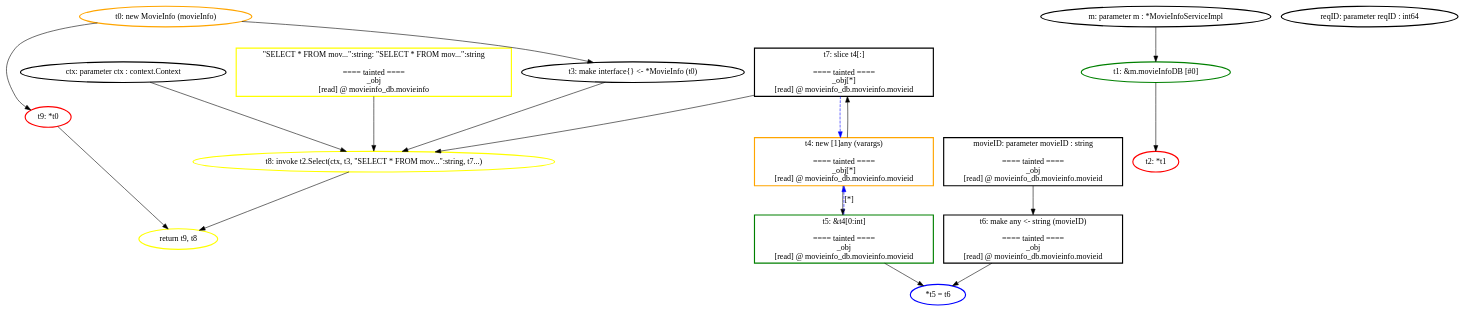
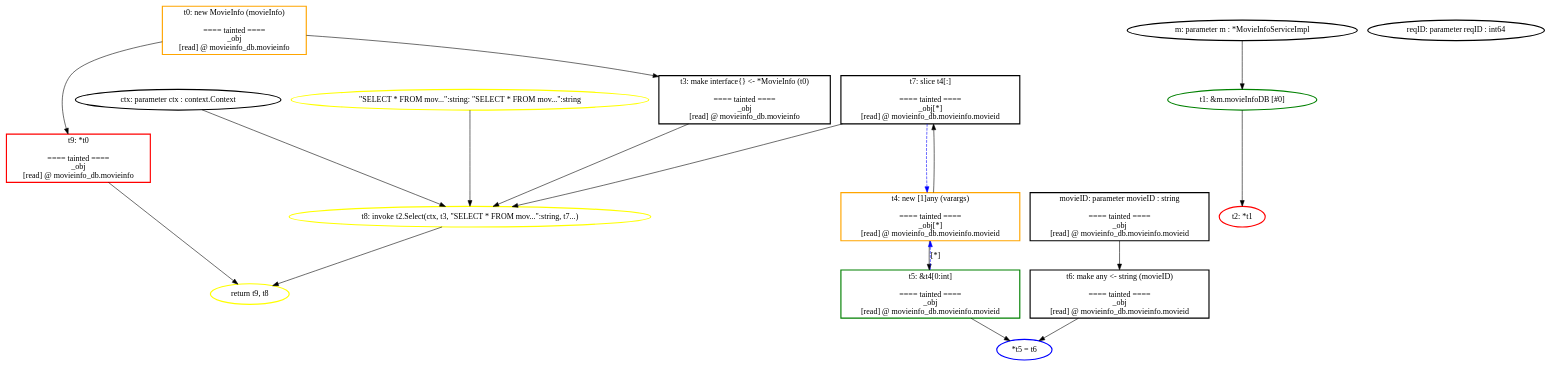
Before and after one commit to aletheia-microservices/aletheia: the diagram in ssa_analysis/analyzer/output/dsb_media_sql/ssagraphs/mediamicroservices_sql.MovieInfoService.ReadMovieInfo.dot, drawn with Graphviz. The commit also changed 185 other files, not shown here.

```diff
--- a/ssa_analysis/analyzer/output/dsb_media_sql/ssagraphs/mediamicroservices_sql.MovieInfoService.ReadMovieInfo.dot
+++ b/ssa_analysis/analyzer/output/dsb_media_sql/ssagraphs/mediamicroservices_sql.MovieInfoService.ReadMovieInfo.dot
@@ -1,69 +1,79 @@
 digraph G {
 	rankdir=TD;
-	N_instr_ret_2797623 [label="return t9, t8", style=bold, shape=ellipse, color="yellow"];
-	N_instr_ret_2797623 [label="return t9, t8", style=bold, shape=ellipse, color="yellow"];
-	N_instr_store_2797613 [label="*t5 = t6", style=bold, shape=ellipse, color="blue"];
-	N_instr_store_2797613 [label="*t5 = t6", style=bold, shape=ellipse, color="blue"];
-	N_val__SELECT___FROM_mov_____string [label="\"SELECT * FROM mov...\":string: \"SELECT * FROM mov...\":string
+	N_instr_ret_2881630 [label="return t9, t8", style=bold, shape=ellipse, color="yellow"];
+	N_instr_ret_2881630 [label="return t9, t8", style=bold, shape=ellipse, color="yellow"];
+	N_instr_store_2881620 [label="*t5 = t6", style=bold, shape=ellipse, color="blue"];
+	N_instr_store_2881620 [label="*t5 = t6", style=bold, shape=ellipse, color="blue"];
+	N_val__SELECT___FROM_mov_____string [label="\"SELECT * FROM mov...\":string: \"SELECT * FROM mov...\":string", style=bold, shape=ellipse, color="yellow"];
+	N_val_alloc_2881509 [label="t0: new MovieInfo (movieInfo)
 
 ==== tainted ====
 _obj
 [read] @ movieinfo_db.movieinfo
-", style=bold, shape=box, color="yellow"];
-	N_val_alloc_2797502 [label="t0: new MovieInfo (movieInfo)", style=bold, shape=ellipse, color="orange"];
-	N_val_alloc_2797620 [label="t4: new [1]any (varargs)
+", style=bold, shape=box, color="orange"];
+	N_val_alloc_2881627 [label="t4: new [1]any (varargs)
 
 ==== tainted ====
 _obj[*]
 [read] @ movieinfo_db.movieinfo.movieid
 ", style=bold, shape=box, color="orange"];
-	N_val_call_2797550 [label="t8: invoke t2.Select(ctx, t3, \"SELECT * FROM mov...\":string, t7...)", style=bold, shape=ellipse, color="yellow"];
-	N_val_field_2797532 [label="t1: &m.movieInfoDB [#0]", style=bold, shape=ellipse, color="green"];
-	N_val_ifacet3 [label="t3: make interface{} <- *MovieInfo (t0)", style=bold, shape=ellipse, color="black"];
+	N_val_call_2881557 [label="t8: invoke t2.Select(ctx, t3, \"SELECT * FROM mov...\":string, t7...)", style=bold, shape=ellipse, color="yellow"];
+	N_val_field_2881539 [label="t1: &m.movieInfoDB [#0]", style=bold, shape=ellipse, color="green"];
+	N_val_ifacet3 [label="t3: make interface{} <- *MovieInfo (t0)
+
+==== tainted ====
+_obj
+[read] @ movieinfo_db.movieinfo
+", style=bold, shape=box, color="black"];
 	N_val_ifacet6 [label="t6: make any <- string (movieID)
 
 ==== tainted ====
 _obj
 [read] @ movieinfo_db.movieinfo.movieid
 ", style=bold, shape=box, color="black"];
 	N_val_indext5 [label="t5: &t4[0:int]
 
 ==== tainted ====
 _obj
 [read] @ movieinfo_db.movieinfo.movieid
 ", style=bold, shape=box, color="green"];
-	N_val_param_2797387 [label="m: parameter m : *MovieInfoServiceImpl", style=bold, shape=ellipse, color="black"];
-	N_val_param_2797426 [label="ctx: parameter ctx : context.Context", style=bold, shape=ellipse, color="black"];
-	N_val_param_2797447 [label="reqID: parameter reqID : int64", style=bold, shape=ellipse, color="black"];
-	N_val_param_2797460 [label="movieID: parameter movieID : string
+	N_val_param_2881394 [label="m: parameter m : *MovieInfoServiceImpl", style=bold, shape=ellipse, color="black"];
+	N_val_param_2881433 [label="ctx: parameter ctx : context.Context", style=bold, shape=ellipse, color="black"];
+	N_val_param_2881454 [label="reqID: parameter reqID : int64", style=bold, shape=ellipse, color="black"];
+	N_val_param_2881467 [label="movieID: parameter movieID : string
 
 ==== tainted ====
 _obj
 [read] @ movieinfo_db.movieinfo.movieid
 ", style=bold, shape=box, color="black"];
 	N_val_slicet7 [label="t7: slice t4[:]
 
 ==== tainted ====
 _obj[*]
 [read] @ movieinfo_db.movieinfo.movieid
 ", style=bold, shape=box, color="black"];
-	N_val_unary_2797532 [label="t2: *t1", style=bold, shape=ellipse, color="red"];
-	N_val_unary_2797630 [label="t9: *t0", style=bold, shape=ellipse, color="red"];
-	N_val_param_2797387 -> N_val_field_2797532;
-	N_val_field_2797532 -> N_val_unary_2797532;
-	N_val_alloc_2797502 -> N_val_ifacet3;
-	N_val_alloc_2797620 -> N_val_indext5;
-	N_val_param_2797460 -> N_val_ifacet6;
-	N_val_indext5 -> N_instr_store_2797613;
-	N_val_ifacet6 -> N_instr_store_2797613;
-	N_val_alloc_2797620 -> N_val_slicet7;
-	N_val_param_2797426 -> N_val_call_2797550;
-	N_val_ifacet3 -> N_val_call_2797550;
-	N_val__SELECT___FROM_mov_____string -> N_val_call_2797550;
-	N_val_slicet7 -> N_val_call_2797550;
-	N_val_alloc_2797502 -> N_val_unary_2797630;
-	N_val_unary_2797630 -> N_instr_ret_2797623;
-	N_val_call_2797550 -> N_instr_ret_2797623;
-	N_val_slicet7 -> N_val_alloc_2797620 [label="", style=dashed, color=blue];
-	N_val_indext5 -> N_val_alloc_2797620 [label="[*]", style=dashed, color=blue];
+	N_val_unary_2881539 [label="t2: *t1", style=bold, shape=ellipse, color="red"];
+	N_val_unary_2881637 [label="t9: *t0
+
+==== tainted ====
+_obj
+[read] @ movieinfo_db.movieinfo
+", style=bold, shape=box, color="red"];
+	N_val_param_2881394 -> N_val_field_2881539;
+	N_val_field_2881539 -> N_val_unary_2881539;
+	N_val_alloc_2881509 -> N_val_ifacet3;
+	N_val_alloc_2881627 -> N_val_indext5;
+	N_val_param_2881467 -> N_val_ifacet6;
+	N_val_indext5 -> N_instr_store_2881620;
+	N_val_ifacet6 -> N_instr_store_2881620;
+	N_val_alloc_2881627 -> N_val_slicet7;
+	N_val_param_2881433 -> N_val_call_2881557;
+	N_val_ifacet3 -> N_val_call_2881557;
+	N_val__SELECT___FROM_mov_____string -> N_val_call_2881557;
+	N_val_slicet7 -> N_val_call_2881557;
+	N_val_alloc_2881509 -> N_val_unary_2881637;
+	N_val_unary_2881637 -> N_instr_ret_2881630;
+	N_val_call_2881557 -> N_instr_ret_2881630;
+	N_val_slicet7 -> N_val_alloc_2881627 [label="", style=dashed, color=blue];
+	N_val_indext5 -> N_val_alloc_2881627 [label="[*]", style=dashed, color=blue];
 }
```
